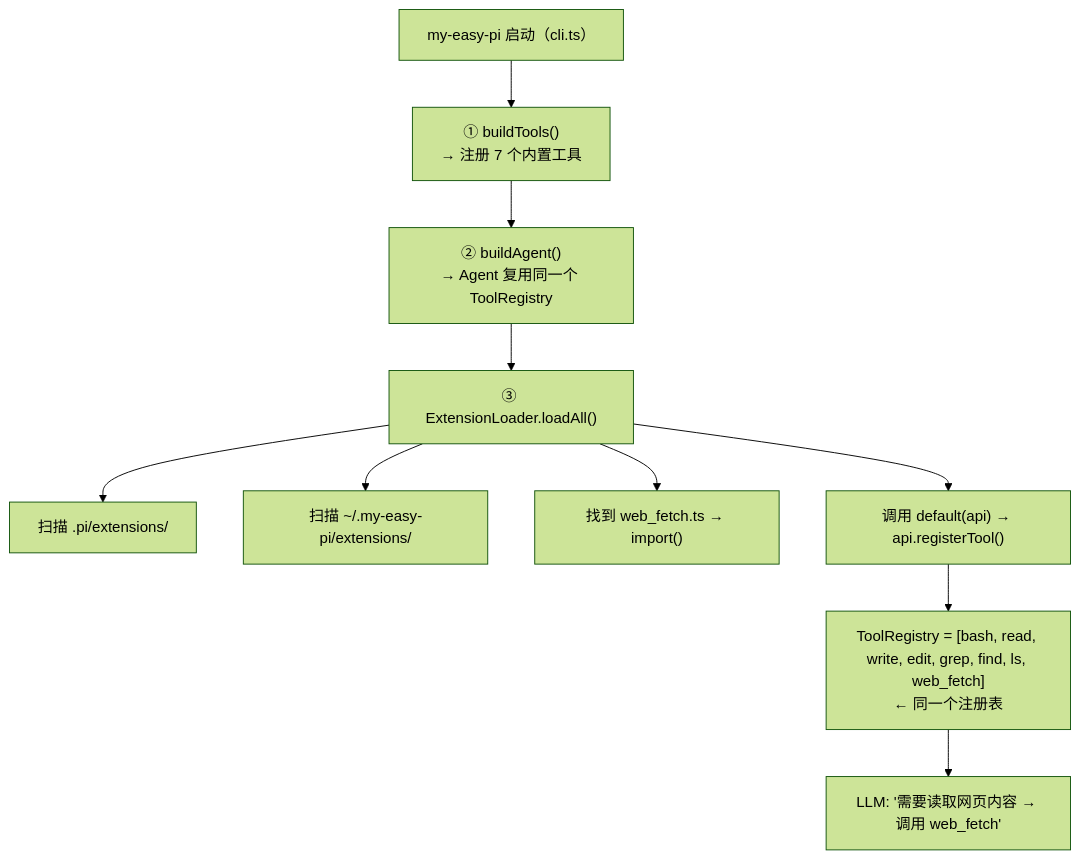
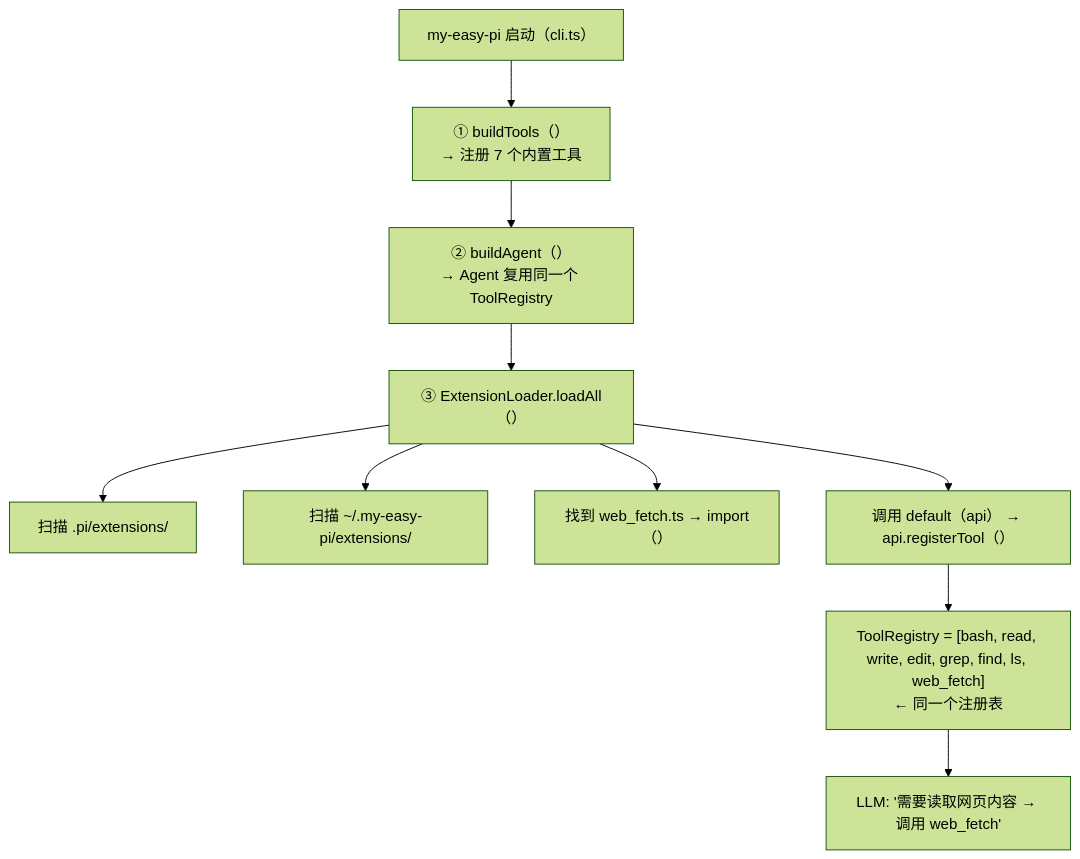
The second of 2 diagrams in docs/10-advanced-topics/01-adding-new-tool.md (KNeegcyao/my-easy-pi), drawn with Mermaid (forest theme) before and after one commit. The commit also changed other lines of this file and 25 other files, not shown here.

First line of the commit message:
fix: 修复 Mermaid 图表语法错误

````diff
--- a/docs/10-advanced-topics/01-adding-new-tool.md
+++ b/docs/10-advanced-topics/01-adding-new-tool.md
@@ -254,12 +254,12 @@
 ```mermaid
 flowchart TD
-    Start["my-easy-pi 启动（cli.ts）"] --> BuildTools["① buildTools()<br/>→ 注册 7 个内置工具"]
-    BuildTools --> BuildAgent["② buildAgent()<br/>→ Agent 复用同一个 ToolRegistry"]
-    BuildAgent --> LoadExt["③ ExtensionLoader.loadAll()"]
+    Start["my-easy-pi 启动（cli.ts）"] --> BuildTools["① buildTools（）<br/>→ 注册 7 个内置工具"]
+    BuildTools --> BuildAgent["② buildAgent（）<br/>→ Agent 复用同一个 ToolRegistry"]
+    BuildAgent --> LoadExt["③ ExtensionLoader.loadAll（）"]
     LoadExt --> Scan1["扫描 .pi/extensions/"]
     LoadExt --> Scan2["扫描 ~/.my-easy-pi/extensions/"]
-    LoadExt --> Import["找到 web_fetch.ts → import()"]
-    LoadExt --> Register["调用 default(api) → api.registerTool()"]
+    LoadExt --> Import["找到 web_fetch.ts → import（）"]
+    LoadExt --> Register["调用 default（api） → api.registerTool（）"]
     Register --> ToolReg["ToolRegistry = [bash, read, write, edit, grep, find, ls, web_fetch]<br/>← 同一个注册表"]
     ToolReg --> LLMCall["LLM: '需要读取网页内容 → 调用 web_fetch'"]
 ```
````
